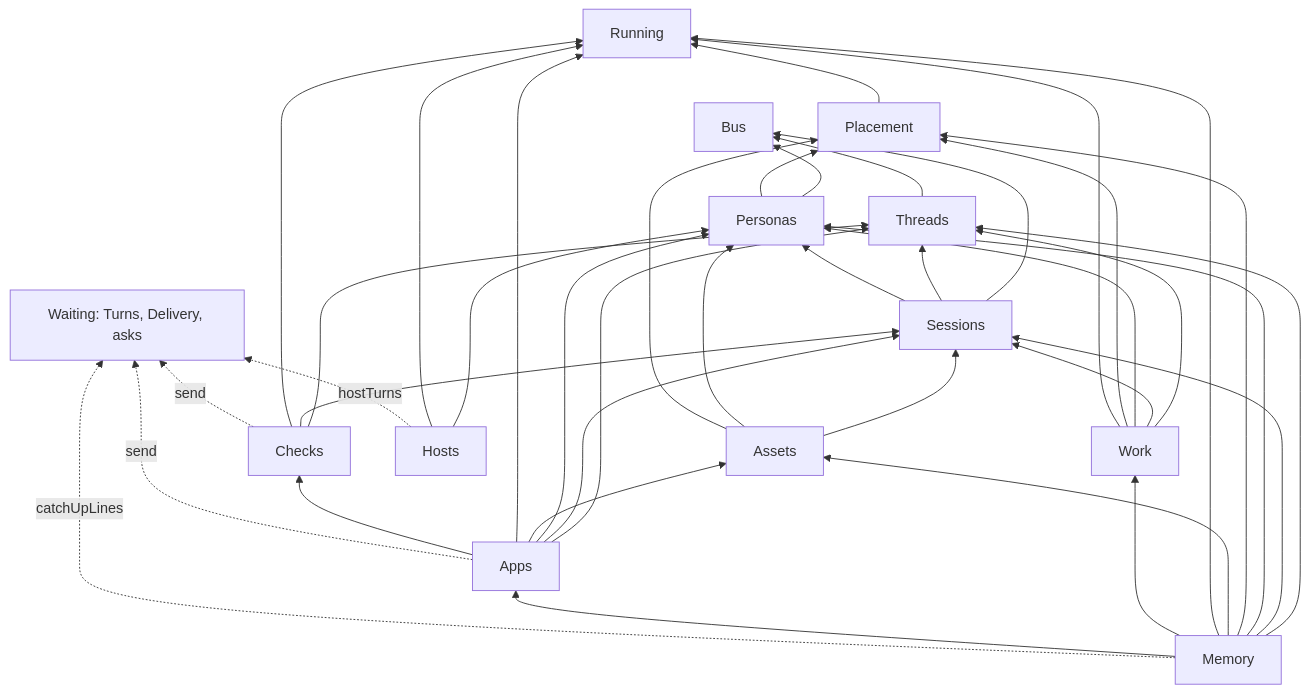
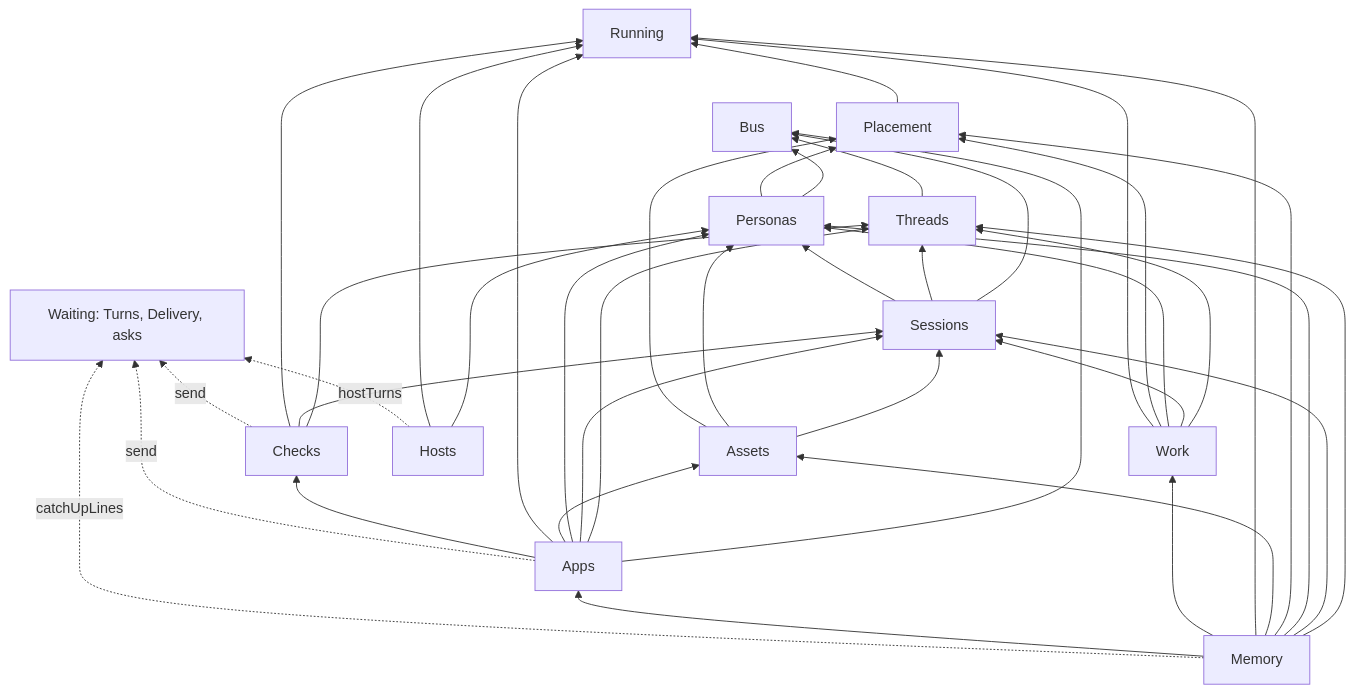
The second of 4 diagrams in designs/architecture/services.md (HJeon139/postbox), drawn with Mermaid before and after one commit. The commit also changed other lines of this file and 1 other file, not shown here.

First line of the commit message:
docs(architecture): mark step 9 done, with what apps found

````diff
--- a/designs/architecture/services.md
+++ b/designs/architecture/services.md
@@ -173,44 +173,45 @@
 ```mermaid
 flowchart BT
   Bus
   Running
   Placement --> Running
   Threads --> Bus
   Personas --> Bus
   Personas --> Placement
   Sessions --> Bus
   Sessions --> Threads
   Sessions --> Personas
   Assets --> Sessions
   Assets --> Personas
   Assets --> Placement
   Work --> Threads
   Work --> Sessions
   Work --> Personas
   Work --> Placement
   Work --> Running
   Checks --> Threads
   Checks --> Sessions
   Checks --> Running
+  Apps --> Bus
   Apps --> Threads
   Apps --> Sessions
   Apps --> Personas
   Apps --> Assets
   Apps --> Running
   Apps --> Checks
   Memory --> Threads
   Memory --> Sessions
   Memory --> Personas
   Memory --> Placement
   Memory --> Assets
   Memory --> Running
   Memory --> Work
   Memory --> Apps
   Hosts --> Personas
   Hosts --> Running
   Waiting[Waiting: Turns, Delivery, asks]
   Checks -.->|send| Waiting
   Apps -.->|send| Waiting
   Memory -.->|catchUpLines| Waiting
   Hosts -.->|hostTurns| Waiting
 ```
````
